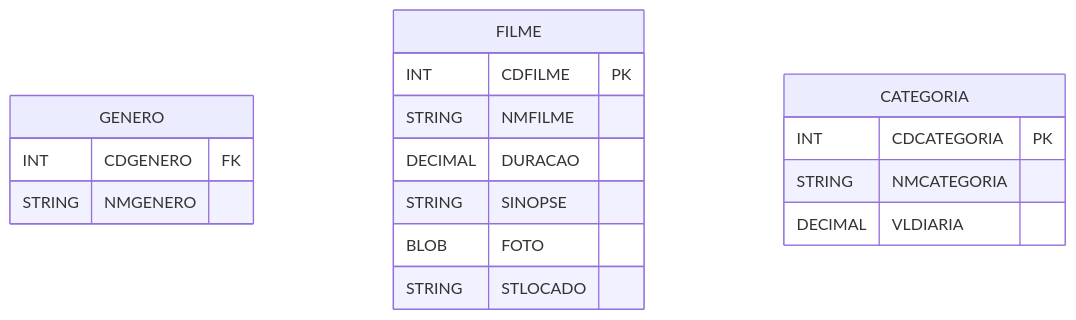
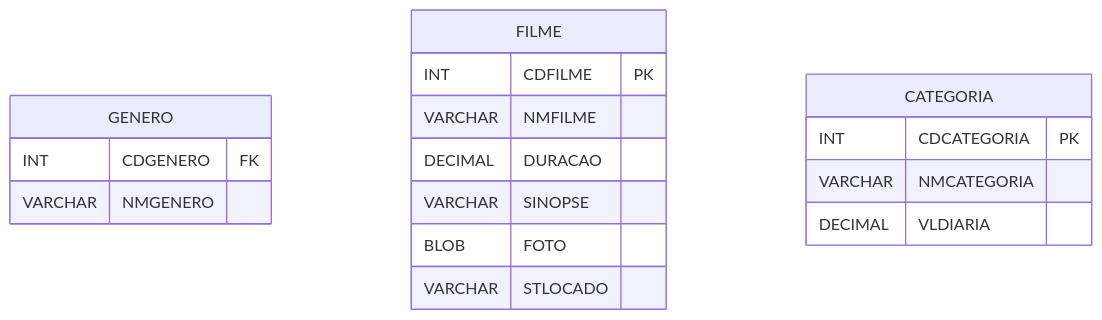
One commit to marcg-dev/SQLCursoPratico changed the first of 13 diagrams in pages/Cap2.md. Above: the diagram before and after it, drawn with Mermaid. The commit also changed other lines of this file, not shown here.

````diff
--- a/pages/Cap2.md
+++ b/pages/Cap2.md
@@ -20,20 +20,20 @@
 ```mermaid
 erDiagram
     GENERO {
         INT CDGENERO FK
-        STRING NMGENERO
+        VARCHAR NMGENERO
     }
     FILME {
         INT CDFILME PK
-        STRING NMFILME
+        VARCHAR NMFILME
         DECIMAL DURACAO
-        STRING SINOPSE
+        VARCHAR SINOPSE
         BLOB FOTO
-        STRING STLOCADO
+        VARCHAR STLOCADO
     }
     CATEGORIA {
         INT CDCATEGORIA PK
-        STRING NMCATEGORIA
+        VARCHAR NMCATEGORIA
         DECIMAL VLDIARIA
     }
 ```
````
